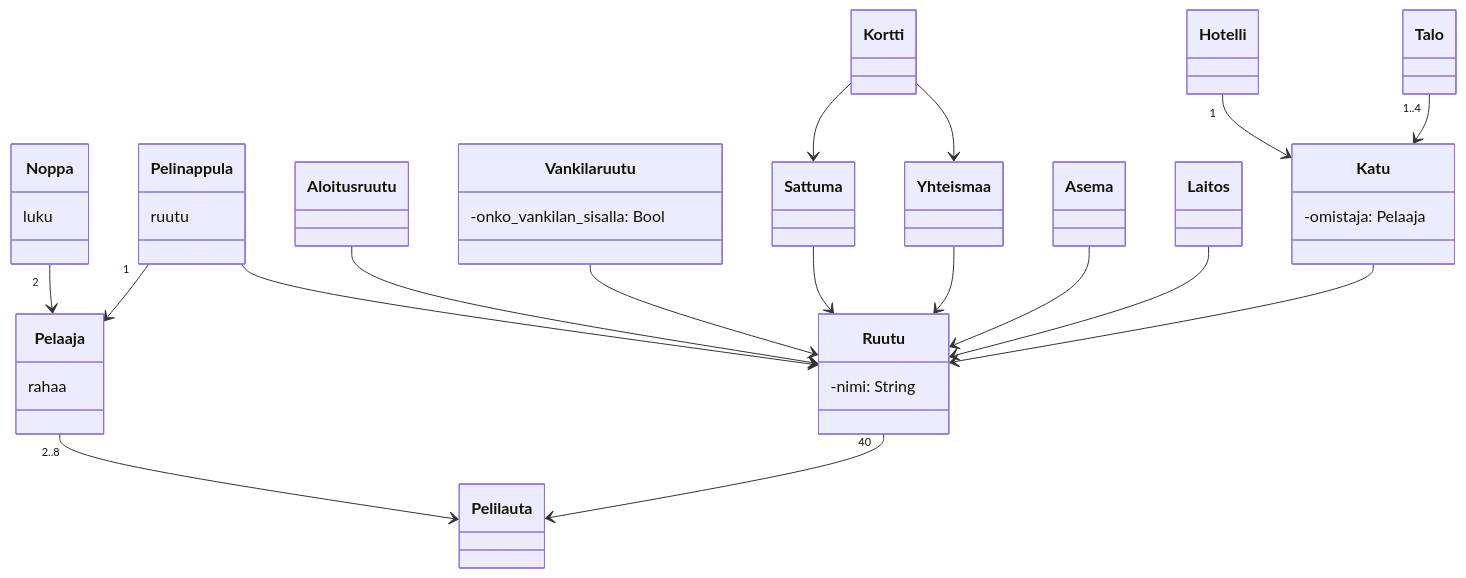
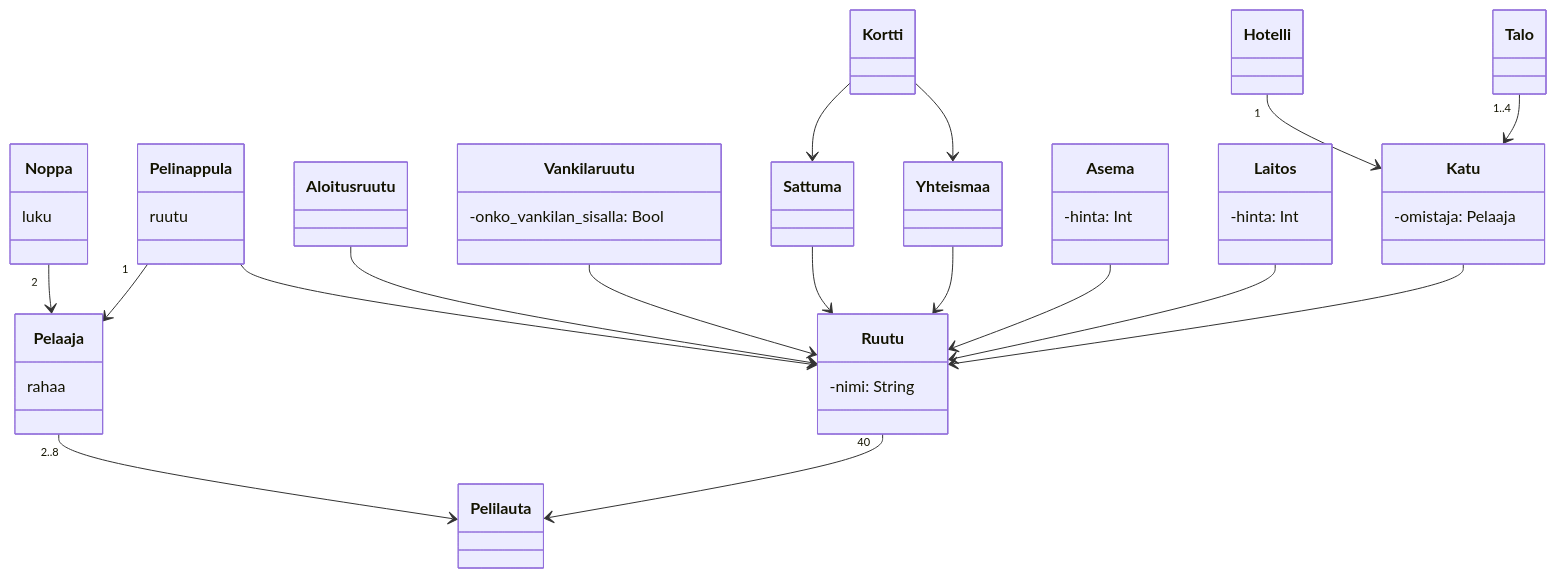
Before and after one commit to Yahimoh/ot-harjoitustyo: the diagram in laskarit/viikko3/Monopoli_kaavio.md, drawn with Mermaid.

Commit message:
Update Monopoli_kaavio.md
Päivitetty ominaisuudet alustavalla tavalla

````diff
--- a/laskarit/viikko3/Monopoli_kaavio.md
+++ b/laskarit/viikko3/Monopoli_kaavio.md
@@ -1,76 +1,78 @@
 ```mermaid
  classDiagram
 	
 	Noppa "2" --> Pelaaja
 	Pelaaja "2..8" --> Pelilauta
 	Ruutu "40" --> Pelilauta
 	Pelinappula "1" --> Pelaaja
 	Pelinappula --> Ruutu
 
 	Aloitusruutu --> Ruutu
 	Vankilaruutu --> Ruutu
 	Sattuma --> Ruutu
 	Yhteismaa --> Ruutu
 	Asema --> Ruutu
 	Laitos --> Ruutu
 	Katu --> Ruutu
 	
 	Hotelli "1" --> Katu
 	Talo "1..4" --> Katu
 	
 	Kortti --> Sattuma
 	Kortti --> Yhteismaa
 	
 
 	class Noppa {
 		luku
 	}
 
         class Pelaaja {
 		rahaa
         }
 
 	class Pelilauta {
 	}
 
 	class Ruutu {
 		-nimi: String
 	}
 	
 	class Pelinappula {
 		ruutu
 	}
 
 	class Aloitusruutu {
 	}
 
 	class Vankilaruutu {
 		-onko_vankilan_sisalla: Bool
 	}
 		
 	class Sattuma {
 	}	
 	
 	class Yhteismaa {
 	}
 	
 	class Asema {
+		-hinta: Int
 	}
 	
 	class Laitos {
+		-hinta: Int
 	}
 
 	class Katu {
 		-omistaja: Pelaaja
 	}
 	
 	class Hotelli {
 	}
 	
 	class Talo {
 	}
 	
 	class Kortti {
 	}
 	 
 ```
````
